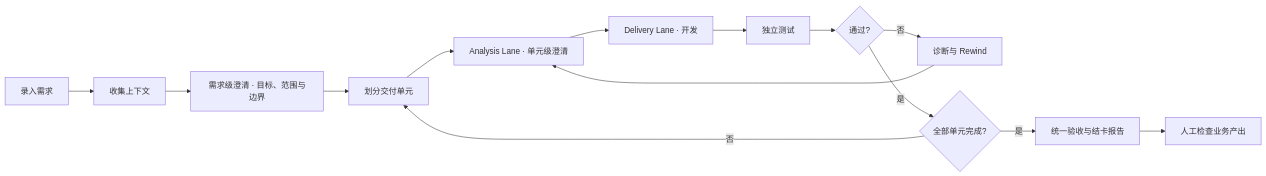
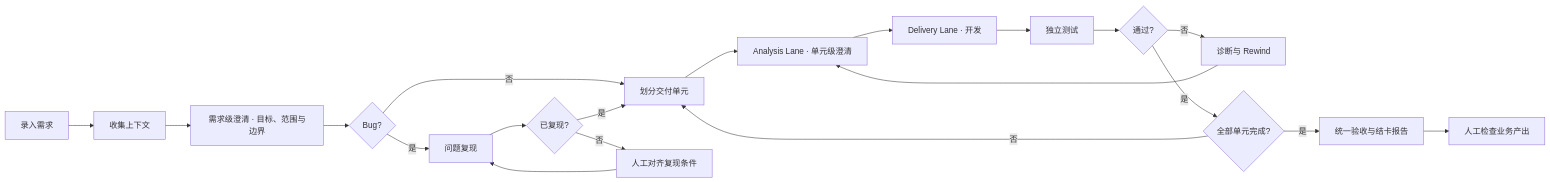
The diagram in README.md (InspireChina/ai4se-loop-workflow), drawn with Mermaid before and after one commit. The commit also changed other lines of this file and 9 other files, not shown here.

````diff
--- a/README.md
+++ b/README.md
@@ -20,16 +20,22 @@
 ```mermaid
 flowchart LR
     input["录入需求"] --> context["收集上下文"]
     context --> intakeClarify["需求级澄清 · 目标、范围与边界"]
-    intakeClarify --> split["划分交付单元"]
+    intakeClarify --> bug{"Bug?"}
+    bug -->|"否"| split["划分交付单元"]
+    bug -->|"是"| repro["问题复现"]
+    repro --> reproduced{"已复现?"}
+    reproduced -->|"否"| reproAlign["人工对齐复现条件"]
+    reproAlign --> repro
+    reproduced -->|"是"| split
     split --> unitClarify["Analysis Lane · 单元级澄清"]
     unitClarify --> dev["Delivery Lane · 开发"]
     dev --> test["独立测试"]
     test --> passed{"通过?"}
     passed -->|"否"| rewind["诊断与 Rewind"]
     rewind --> unitClarify
     passed -->|"是"| completed{"全部单元完成?"}
     completed -->|"否"| split
     completed -->|"是"| review["统一验收与结卡报告"]
     review --> human["人工检查业务产出"]
 ```
````
